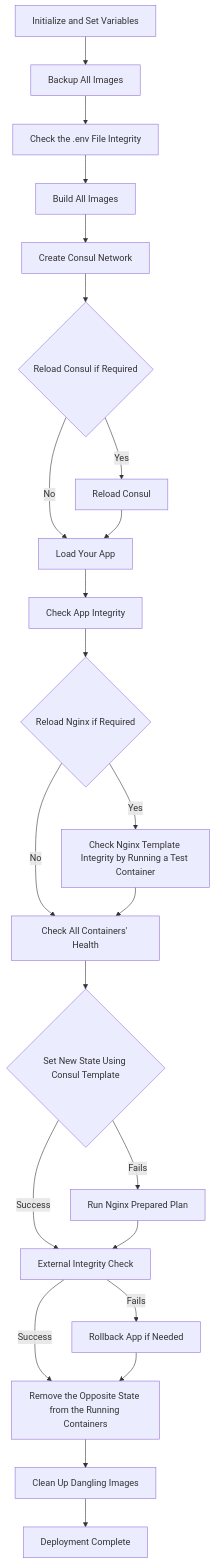
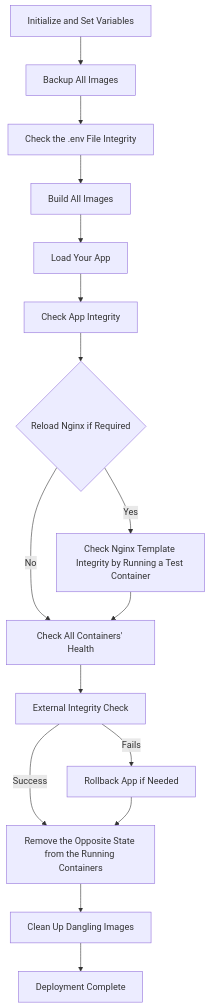
One commit to patternhelloworld/docker-blue-green-runner changed the diagram in README.md. Above: the diagram before and after it, drawn with Mermaid. The commit also changed other lines of this file and 13 other files, not shown here.

````diff
--- a/README.md
+++ b/README.md
@@ -93,26 +93,19 @@
 ```mermaid
 graph TD;
   A[Initialize and Set Variables] --> B[Backup All Images]
   B --> C[Check the .env File Integrity]
   C --> D[Build All Images]
-  D --> E[Create Consul Network]
-  E --> F{Reload Consul if Required}
-  F -- Yes --> G[Reload Consul]
-  F -- No --> H[Load Your App]
-  G --> H[Load Your App]
-  H --> I[Check App Integrity]
-  I --> J{Reload Nginx if Required}
-  J -- Yes --> K[Check Nginx Template Integrity by Running a Test Container]
-  J -- No --> L[Check All Containers' Health]
-  K --> L[Check All Containers' Health]
-  L --> M{Set New State Using Consul Template}
-  M -- Fails --> O[Run Nginx Prepared Plan]
-  M -- Success --> N[External Integrity Check]
-  O --> N[External Integrity Check]
-  N -- Fails --> P[Rollback App if Needed]
-  N -- Success --> Q["Remove the Opposite State (Blue or Green) from the Running Containers"]
-  P --> Q["Remove the Opposite State from the Running Containers"]
-  Q --> R[Clean Up Dangling Images]
-  R --> S[Deployment Complete]
+  D --> E[Load Your App]
+  E --> F[Check App Integrity]
+  F --> G{Reload Nginx if Required}
+  G -- Yes --> H[Check Nginx Template Integrity by Running a Test Container]
+  G -- No --> I[Check All Containers' Health]
+  H --> I[Check All Containers' Health]
+  I --> J[External Integrity Check]
+  J -- Fails --> K[Rollback App if Needed]
+  J -- Success --> L["Remove the Opposite State (Blue or Green) from the Running Containers"]
+  K --> L["Remove the Opposite State from the Running Containers"]
+  L --> M[Clean Up Dangling Images]
+  M --> N[Deployment Complete]
 
 ```
````
